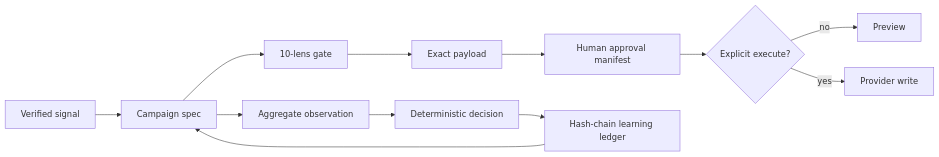
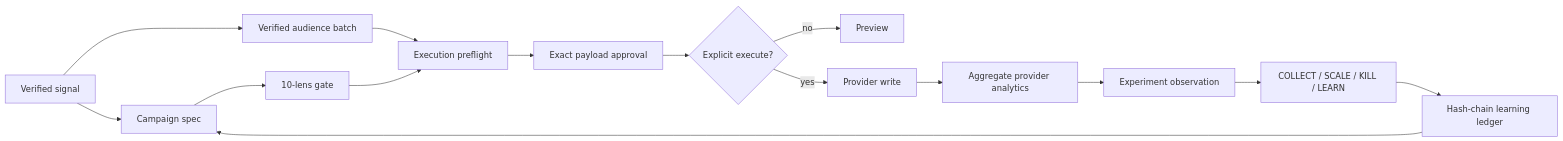
Before and after one commit to norahe0304-art/30x-outreach: the diagram in docs/ARCHITECTURE.md, drawn with Mermaid. The commit also changed other lines of this file and 28 other files, not shown here.

Commit message:
feat: gate live outreach with evidence and learning

````diff
--- a/docs/ARCHITECTURE.md
+++ b/docs/ARCHITECTURE.md
@@ -13,14 +13,17 @@
 ```mermaid
 flowchart LR
     A[Verified signal] --> B[Campaign spec]
-    B --> C[10-lens gate]
-    C --> D[Exact payload]
-    D --> E[Human approval manifest]
-    E --> F{Explicit execute?}
-    F -- no --> G[Preview]
-    F -- yes --> H[Provider write]
-    B --> I[Aggregate observation]
-    I --> J[Deterministic decision]
-    J --> K[Hash-chain learning ledger]
-    K --> B
+    A --> C[Verified audience batch]
+    B --> D[10-lens gate]
+    C --> E[Execution preflight]
+    D --> E
+    E --> F[Exact payload approval]
+    F --> G{Explicit execute?}
+    G -- no --> H[Preview]
+    G -- yes --> I[Provider write]
+    I --> J[Aggregate provider analytics]
+    J --> K[Experiment observation]
+    K --> L[COLLECT / SCALE / KILL / LEARN]
+    L --> M[Hash-chain learning ledger]
+    M --> B
 ```
````
